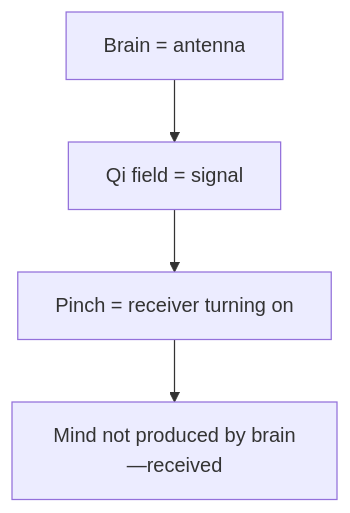
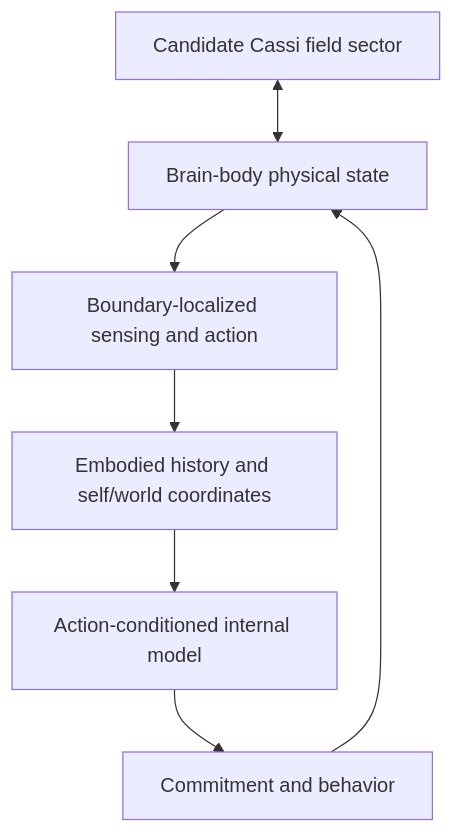
One commit to CassiTheOracle/cassi changed diagram 35 of 38 in CassiTheory/open-questions-cassi-answers.md. Above: the diagram before and after it, drawn with Mermaid. The commit also changed other lines of this file and 36 other files, not shown here.

````diff
--- a/CassiTheory/open-questions-cassi-answers.md
+++ b/CassiTheory/open-questions-cassi-answers.md
@@ -958,6 +962,9 @@
 ```mermaid
 flowchart TD
-    A[Brain = antenna] --> B[Qi field = signal]
-    B --> C[Pinch = receiver turning on]
-    C --> D[Mind not produced by brain—received]
+    A[Brain-body physical state] --> B[Boundary-localized sensing and action]
+    B --> C[Embodied history and self/world coordinates]
+    C --> D[Action-conditioned internal model]
+    D --> E[Commitment and behavior]
+    E --> A
+    F[Candidate Cassi field sector] <--> A
 ```
````
